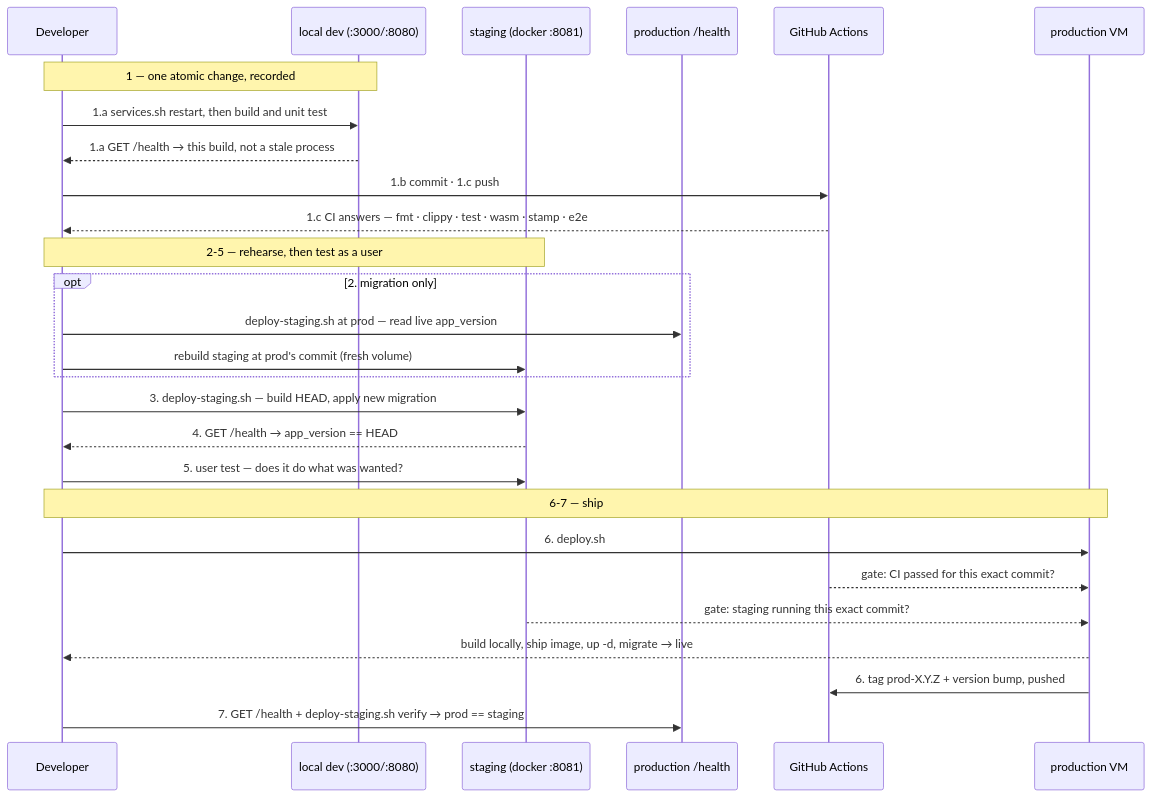
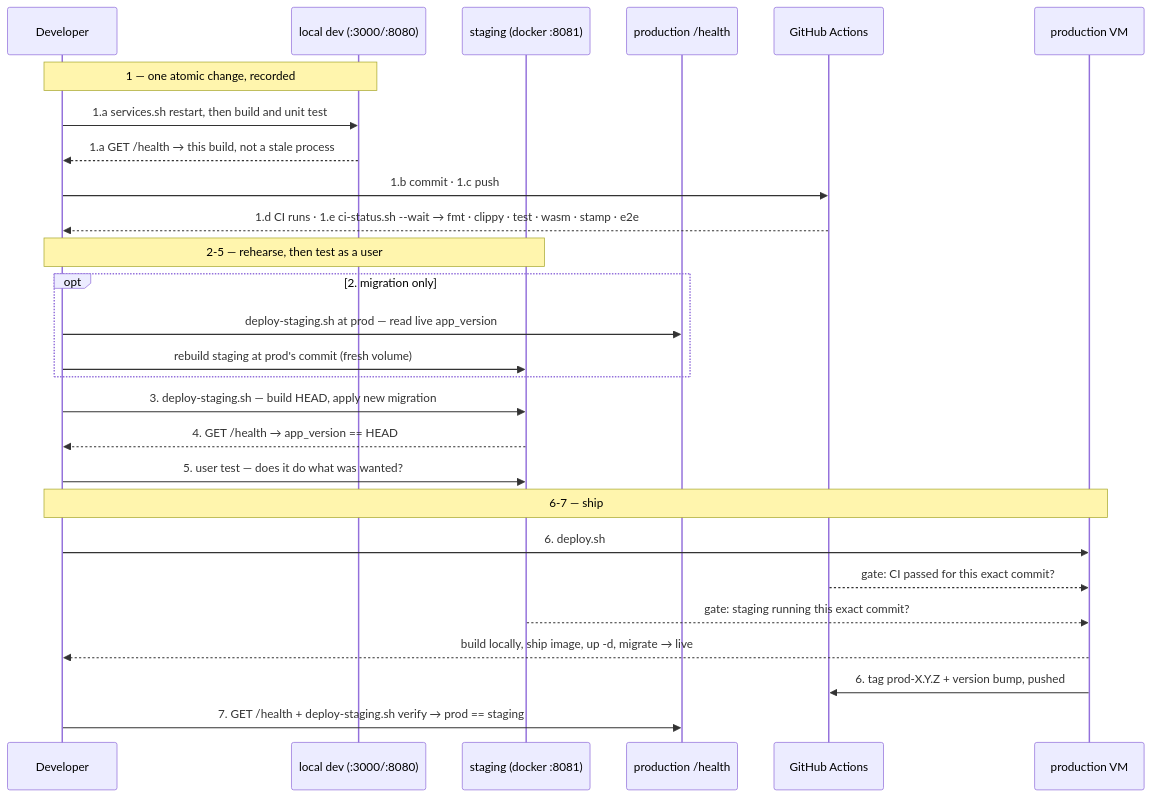
The diagram in docs/3.3-testing-ci-and-release.md (SteveStyle/scrabble-px), drawn with Mermaid before and after one commit. The commit also changed other lines of this file and 8 other files, not shown here.

````diff
--- a/docs/3.3-testing-ci-and-release.md
+++ b/docs/3.3-testing-ci-and-release.md
@@ -401,30 +412,30 @@
 ```mermaid
 sequenceDiagram
     participant Dev as Developer
     participant Loc as local dev (:3000/:8080)
     participant Stg as staging (docker :8081)
     participant Prod as production /health
     participant GH as GitHub Actions
     participant VM as production VM
 
     Note over Dev,Loc: 1 — one atomic change, recorded
     Dev->>Loc: 1.a services.sh restart, then build and unit test
     Loc-->>Dev: 1.a GET /health → this build, not a stale process
     Dev->>GH: 1.b commit · 1.c push
-    GH-->>Dev: 1.c CI answers — fmt · clippy · test · wasm · stamp · e2e
+    GH-->>Dev: 1.d CI runs · 1.e ci-status.sh --wait → fmt · clippy · test · wasm · stamp · e2e
     Note over Dev,Stg: 2-5 — rehearse, then test as a user
     opt 2. migration only
         Dev->>Prod: deploy-staging.sh at prod — read live app_version
         Dev->>Stg: rebuild staging at prod's commit (fresh volume)
     end
     Dev->>Stg: 3. deploy-staging.sh — build HEAD, apply new migration
     Stg-->>Dev: 4. GET /health → app_version == HEAD
     Dev->>Stg: 5. user test — does it do what was wanted?
     Note over Dev,VM: 6-7 — ship
     Dev->>VM: 6. deploy.sh
     GH-->>VM: gate: CI passed for this exact commit?
     Stg-->>VM: gate: staging running this exact commit?
     VM-->>Dev: build locally, ship image, up -d, migrate → live
     VM->>GH: 6. tag prod-X.Y.Z + version bump, pushed
     Dev->>Prod: 7. GET /health + deploy-staging.sh verify → prod == staging
 ```
````
